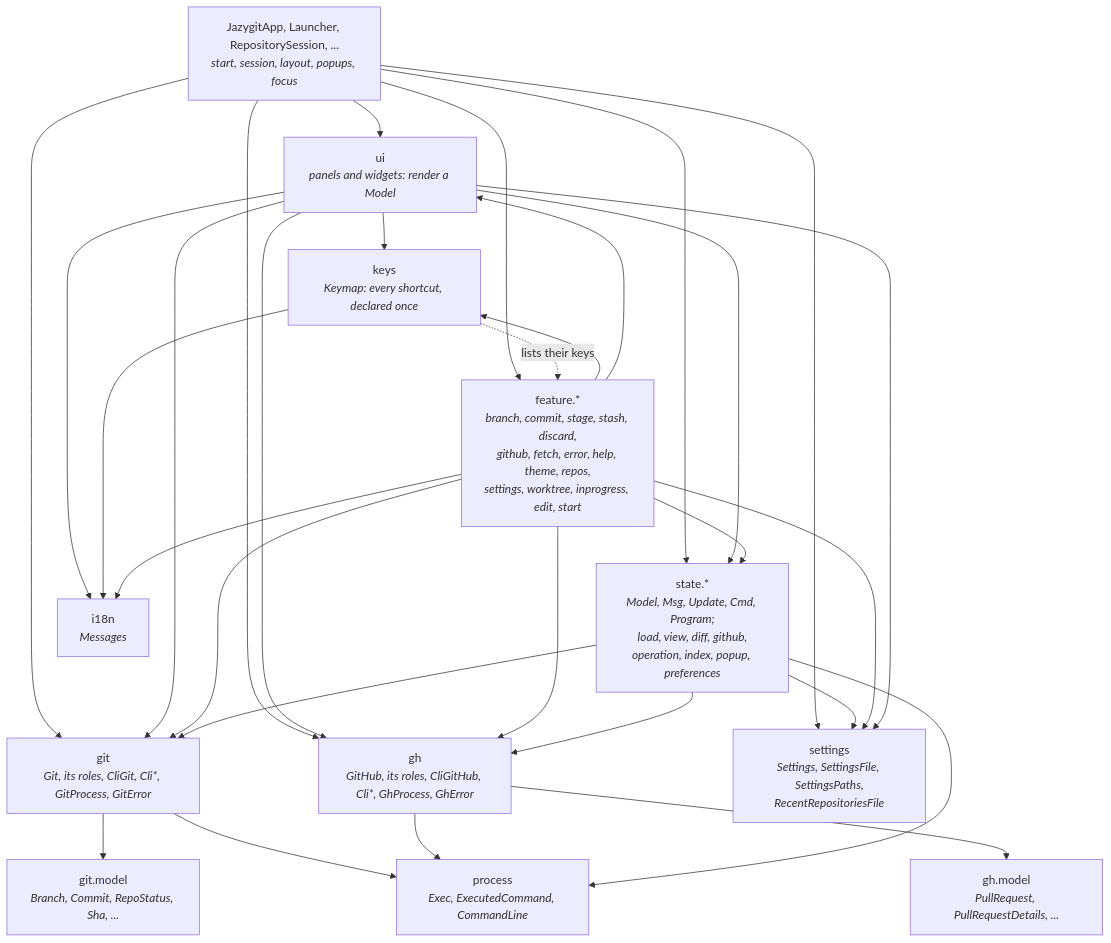
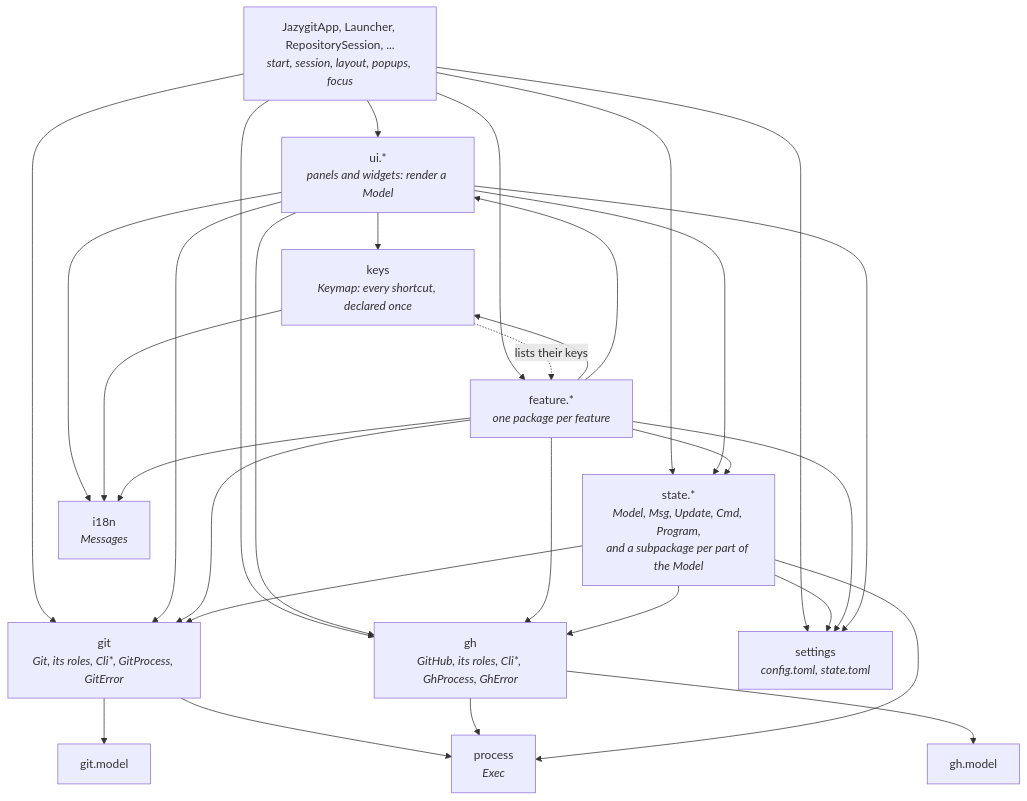
The first of 4 diagrams in ARCHITECTURE.md (cvanfleteren/jazygit), drawn with Mermaid before and after one commit. The commit also changed other lines of this file and 1 other file, not shown here.

First line of the commit message:
ARCHITECTURE.md is a short map of the shape, not a description of features (#450)

````diff
--- a/ARCHITECTURE.md
+++ b/ARCHITECTURE.md
@@ -47,45 +39,45 @@
 ```mermaid
 graph TD
     App["JazygitApp, Launcher, RepositorySession, ...<br/><i>start, session, layout, popups, focus</i>"]
-    UI["ui<br/><i>panels and widgets: render a Model</i>"]
+    UI["ui.*<br/><i>panels and widgets: render a Model</i>"]
     Keys["keys<br/><i>Keymap: every shortcut, declared once</i>"]
-    Feature["feature.*<br/><i>branch, commit, stage, stash, discard,<br/>github, fetch, error, help, theme, repos,<br/>settings, worktree, inprogress, edit, start</i>"]
-    State["state.*<br/><i>Model, Msg, Update, Cmd, Program;<br/>load, view, diff, github,<br/>operation, index, popup, preferences</i>"]
-    Git["git<br/><i>Git, its roles, CliGit, Cli*, GitProcess, GitError</i>"]
-    GitModel["git.model<br/><i>Branch, Commit, RepoStatus, Sha, ...</i>"]
-    Gh["gh<br/><i>GitHub, its roles, CliGitHub, Cli*, GhProcess, GhError</i>"]
-    GhModel["gh.model<br/><i>PullRequest, PullRequestDetails, ...</i>"]
-    Process["process<br/><i>Exec, ExecutedCommand, CommandLine</i>"]
+    Feature["feature.*<br/><i>one package per feature</i>"]
+    State["state.*<br/><i>Model, Msg, Update, Cmd, Program,<br/>and a subpackage per part of the Model</i>"]
+    Git["git<br/><i>Git, its roles, Cli*, GitProcess, GitError</i>"]
+    GitModel["git.model"]
+    Gh["gh<br/><i>GitHub, its roles, Cli*, GhProcess, GhError</i>"]
+    GhModel["gh.model"]
+    Process["process<br/><i>Exec</i>"]
     I18n["i18n<br/><i>Messages</i>"]
-    Settings["settings<br/><i>Settings, SettingsFile, SettingsPaths,<br/>RecentRepositoriesFile</i>"]
+    Settings["settings<br/><i>config.toml, state.toml</i>"]
 
     App --> UI
     App --> State
     App --> Feature
     App --> Git
     App --> Gh
     UI --> Keys
     UI --> State
     UI --> Git
     UI --> Gh
     Keys -. "lists their keys" .-> Feature
     Feature --> Keys
     Feature --> UI
     Feature --> State
     Feature --> Git
     State --> Git
     Git --> GitModel
     Feature --> Gh
     State --> Gh
     Gh --> GhModel
     Git --> Process
     Gh --> Process
     State --> Process
     UI --> I18n
     App --> Settings
     State --> Settings
     Feature --> Settings
     UI --> Settings
     Keys --> I18n
     Feature --> I18n
 ```
````
